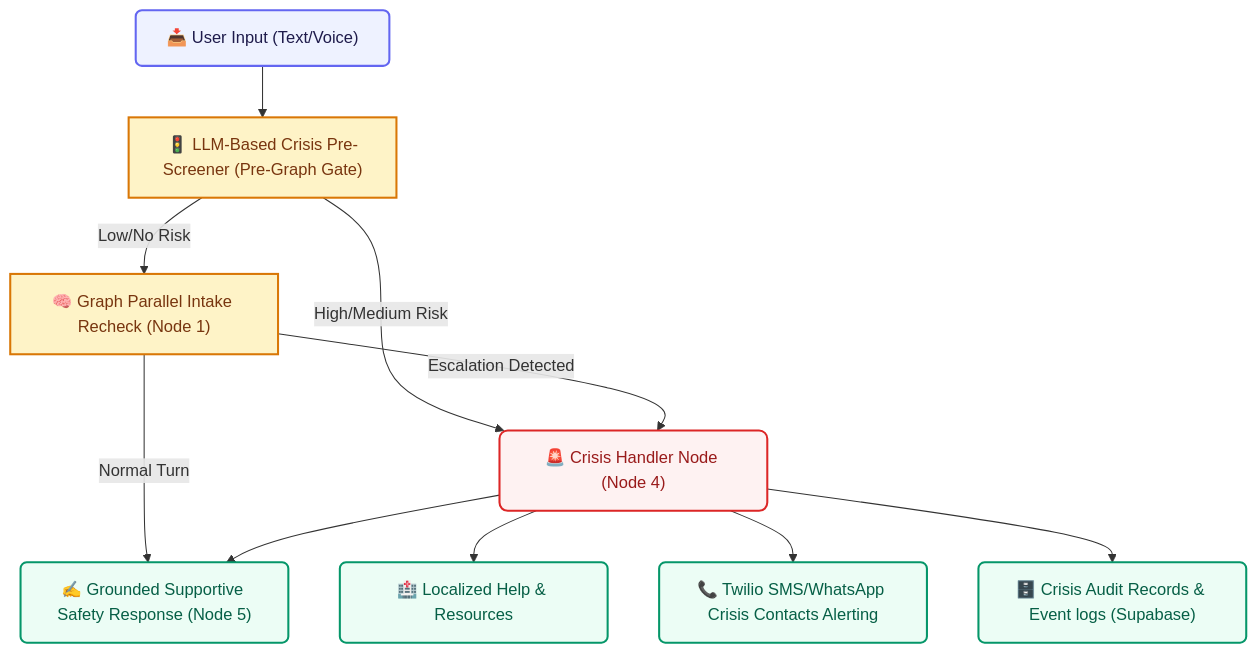
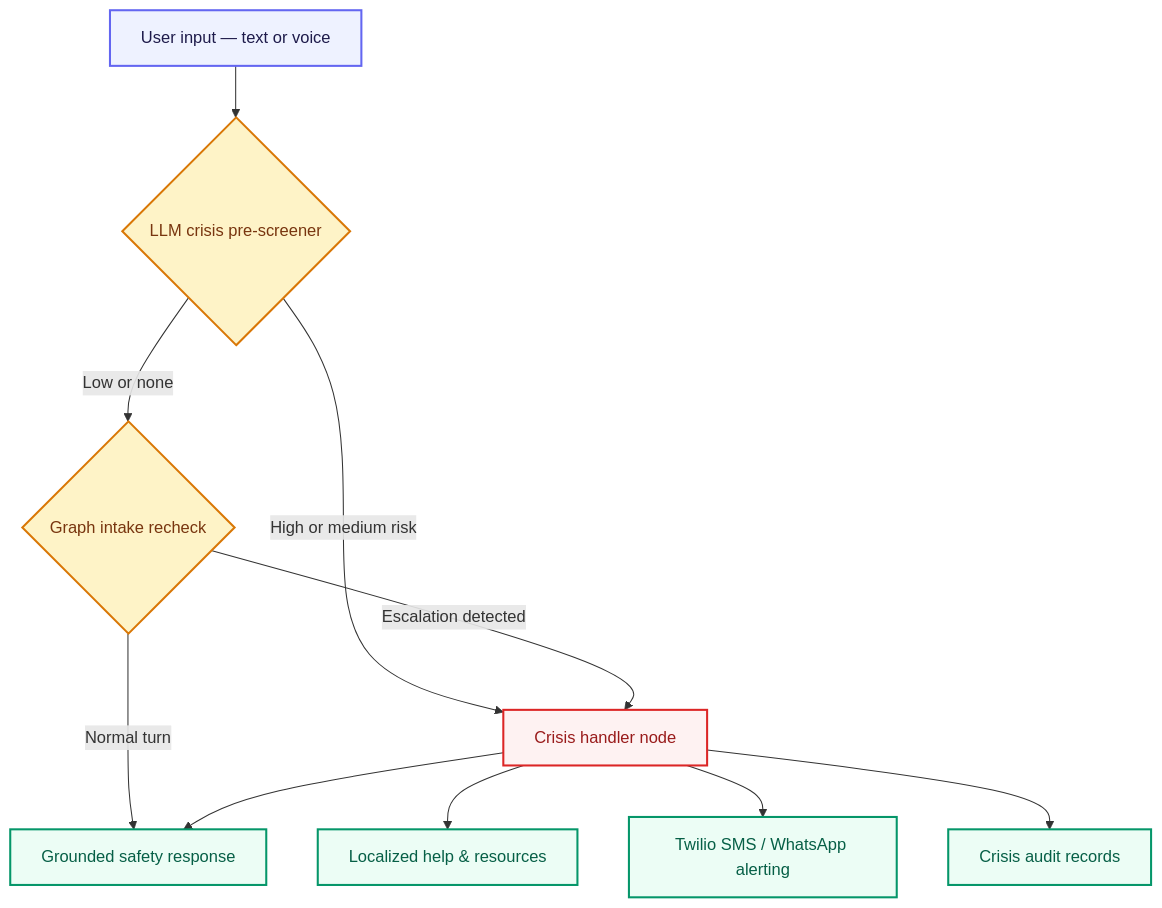
Before and after one commit to taha-mehmood-03/Personlaized-Trainer-Using-Agentic-AI: diagram 12 of 18 in README.md, drawn with Mermaid. The commit also changed other lines of this file and 36 other files, not shown here.

````diff
--- a/README.md
+++ b/README.md
@@ -1023,27 +914,23 @@
 ```mermaid
 flowchart TD
-    %% Class Definitions
-    classDef input fill:#EEF2FF,stroke:#6366F1,stroke-width:2px,color:#1E1B4B,rx:6px,ry:6px;
-    classDef decision fill:#FEF3C7,stroke:#D97706,stroke-width:2px,color:#78350F;
-    classDef crisis fill:#FEF2F2,stroke:#DC2626,stroke-width:2px,color:#991B1B,rx:8px,ry:8px;
-    classDef output fill:#ECFDF5,stroke:#059669,stroke-width:2px,color:#065F46,rx:6px,ry:6px;
+    classDef input fill:#EEF2FF,stroke:#6366F1,stroke-width:2px,color:#1E1B4B
+    classDef decision fill:#FEF3C7,stroke:#D97706,stroke-width:2px,color:#78350F
+    classDef crisis fill:#FEF2F2,stroke:#DC2626,stroke-width:2px,color:#991B1B
+    classDef output fill:#ECFDF5,stroke:#059669,stroke-width:2px,color:#065F46
 
-    Input["📥 User Input (Text/Voice)"]:::input
-    PreScreener["🚦 LLM-Based Crisis Pre-Screener (Pre-Graph Gate)"]:::decision
-    GraphCheck["🧠 Graph Parallel Intake Recheck (Node 1)"]:::decision
-    CrisisPath["🚨 Crisis Handler Node (Node 4)"]:::crisis
-    SafetyResponse["✍️ Grounded Supportive Safety Response (Node 5)"]:::output
-    Resources["🏥 Localized Help & Resources"]:::output
-    Twilio["📞 Twilio SMS/WhatsApp Crisis Contacts Alerting"]:::output
-    Audit["🗄️ Crisis Audit Records & Event logs (Supabase)"]:::output
+    Input["User input — text or voice"]:::input
+    PreScreener{"LLM crisis pre-screener"}:::decision
+    GraphCheck{"Graph intake recheck"}:::decision
+    CrisisPath["Crisis handler node"]:::crisis
+    SafetyResponse["Grounded safety response"]:::output
+    Resources["Localized help & resources"]:::output
+    Twilio["Twilio SMS / WhatsApp alerting"]:::output
+    Audit["Crisis audit records"]:::output
 
     Input --> PreScreener
-    PreScreener -- High/Medium Risk --> CrisisPath
-    PreScreener -- Low/No Risk --> GraphCheck
-    GraphCheck -- Escalation Detected --> CrisisPath
-    GraphCheck -- Normal Turn --> SafetyResponse
-    CrisisPath --> SafetyResponse
-    CrisisPath --> Resources
-    CrisisPath --> Twilio
-    CrisisPath --> Audit
+    PreScreener -- High or medium risk --> CrisisPath
+    PreScreener -- Low or none --> GraphCheck
+    GraphCheck -- Escalation detected --> CrisisPath
+    GraphCheck -- Normal turn --> SafetyResponse
+    CrisisPath --> SafetyResponse & Resources & Twilio & Audit
 ```
````
